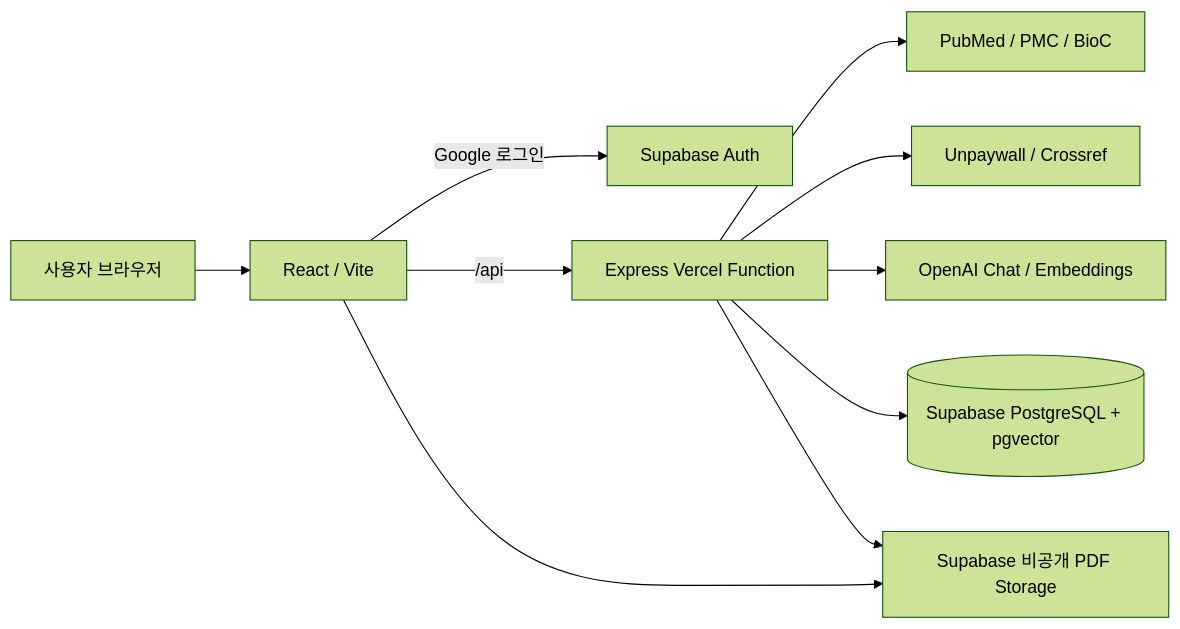
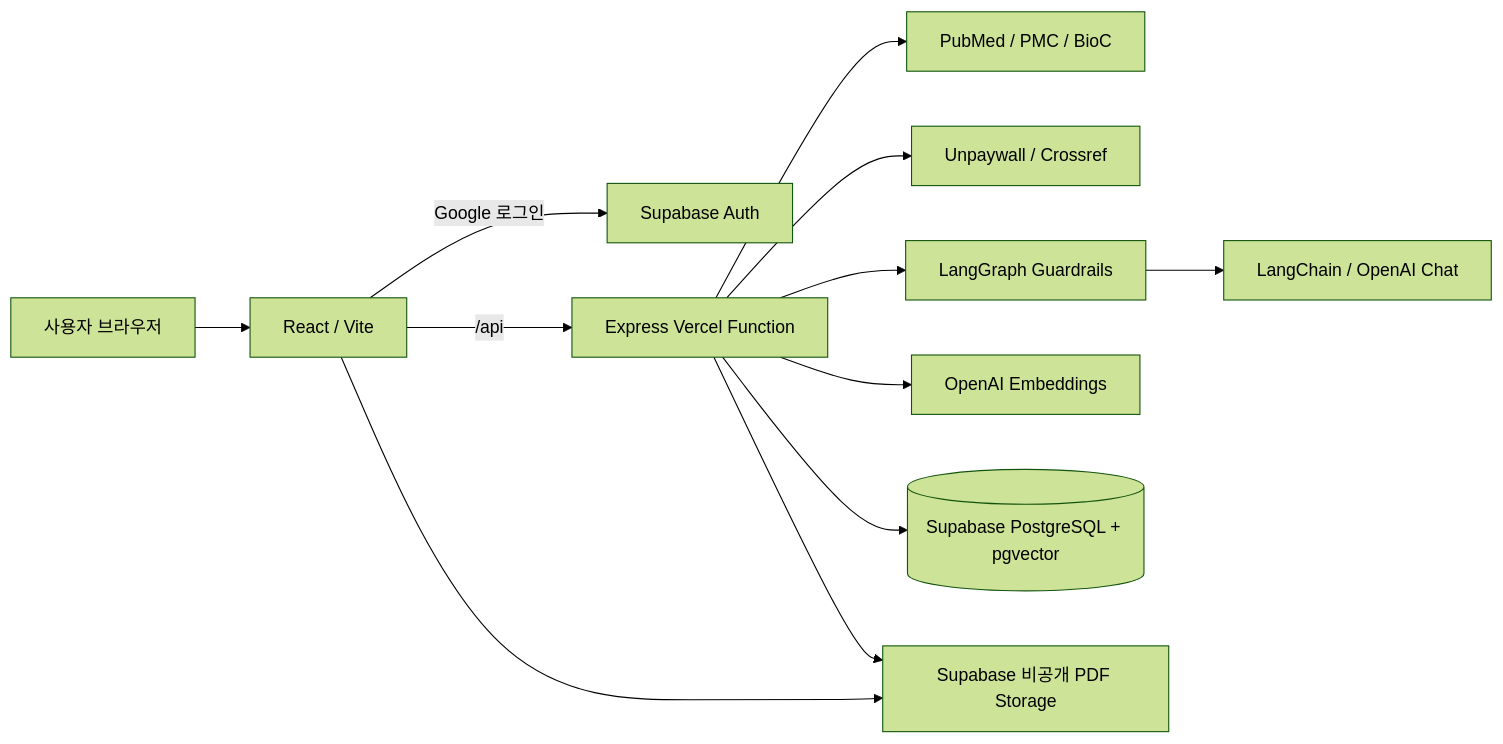
Before and after one commit to hansol-dev/team-pubmed: the diagram in README.md, drawn with Mermaid (forest theme). The commit also changed other lines of this file and 8 other files, not shown here.

````diff
--- a/README.md
+++ b/README.md
@@ -294,12 +295,14 @@
 ```mermaid
 flowchart LR
     U[사용자 브라우저] --> F[React / Vite]
     F -->|Google 로그인| A[Supabase Auth]
     F -->|/api| B[Express Vercel Function]
     B --> P[PubMed / PMC / BioC]
     B --> O[Unpaywall / Crossref]
-    B --> AI[OpenAI Chat / Embeddings]
+    B --> G[LangGraph Guardrails]
+    G --> AI[LangChain / OpenAI Chat]
+    B --> AI2[OpenAI Embeddings]
     B --> DB[(Supabase PostgreSQL + pgvector)]
     F --> S[Supabase 비공개 PDF Storage]
     B --> S
 ```
````
